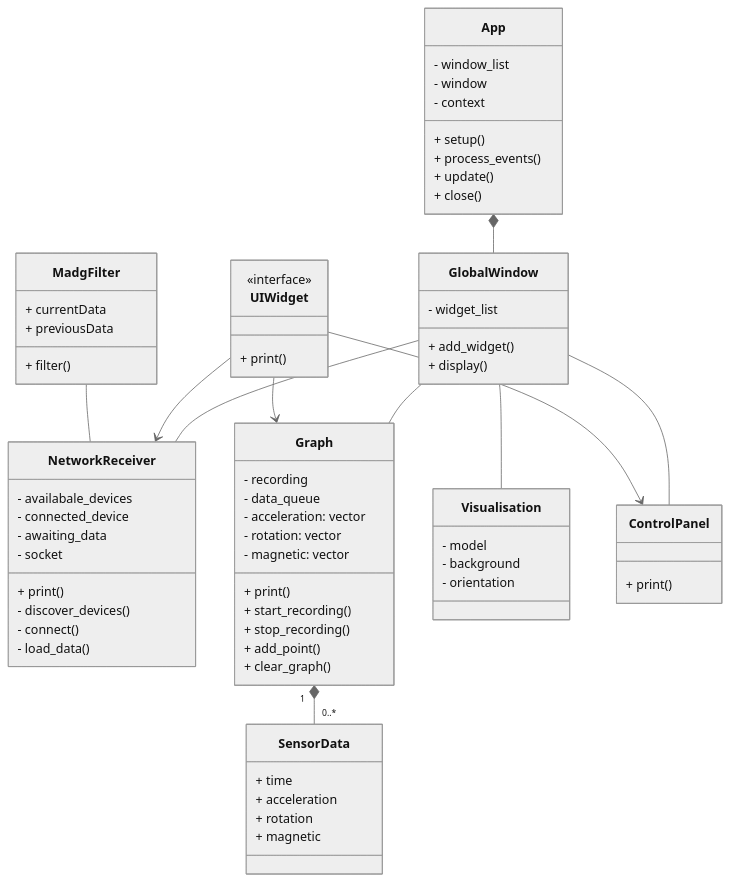
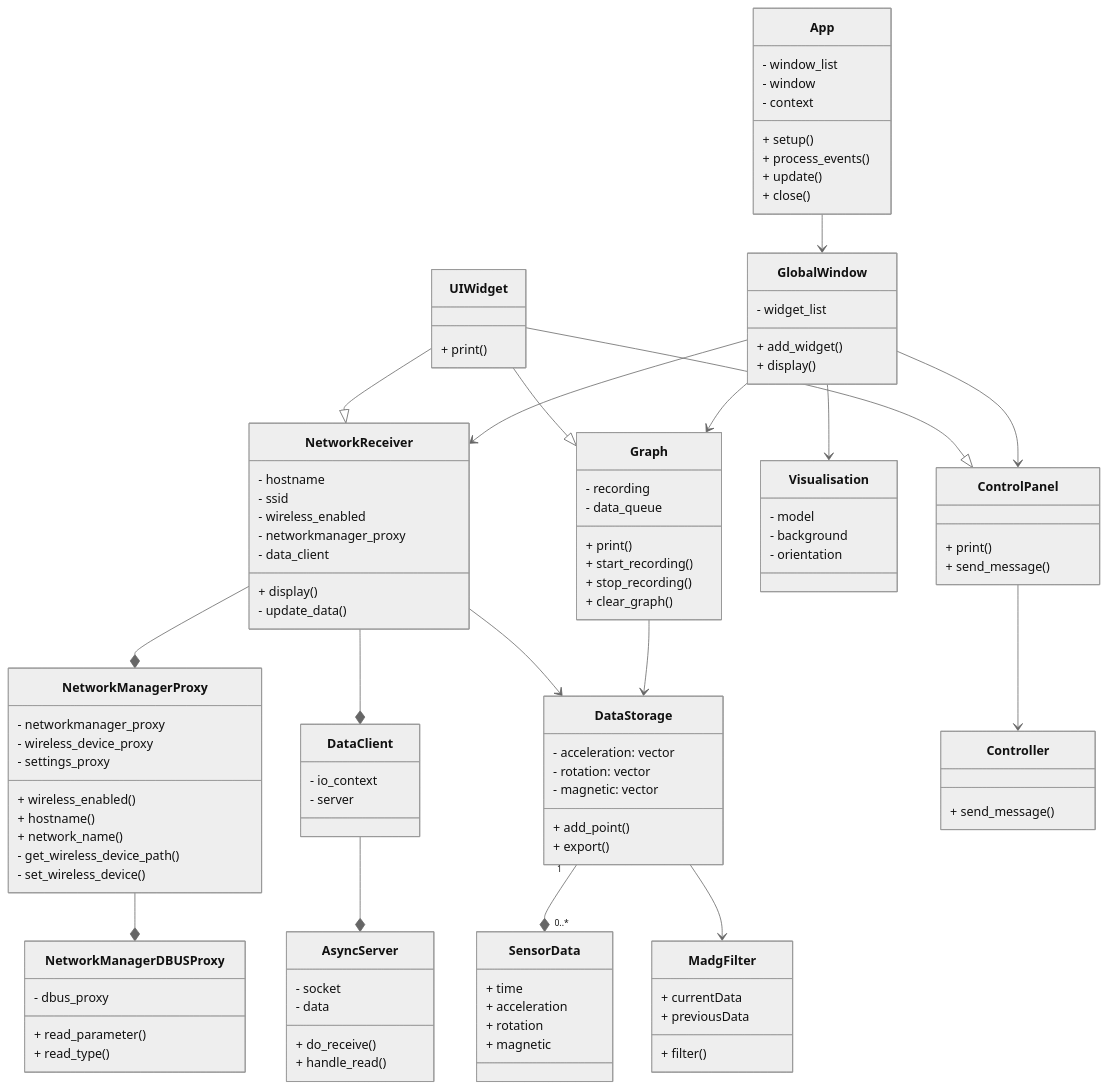
The diagram in README.md (researcher2312/flight-data-plotter), drawn with Mermaid (neutral theme) before and after one commit. The commit also changed other lines of this file and 1 other file, not shown here.

Commit message:
docs(diagram): update UML diagram

````diff
--- a/README.md
+++ b/README.md
@@ -49,5 +47,9 @@
 ```mermaid
-classDiagram 
+classDiagram
+
+class UIWidget {
+  + print()
+}
 
 class App {
   - window_list
@@ -57,11 +59,6 @@
   + process_events()
   + update()
   + close()
-}
-
-class UIWidget {
-    <<interface>>
-    + print()
 }
 
 class GlobalWindow {
@@ -78,27 +75,59 @@
 }
 
 class NetworkReceiver {
-  - availabale_devices
-  - connected_device
-  - awaiting_data
+  + display()
+  - update_data()
+  - hostname
+  - ssid
+  - wireless_enabled
+  - networkmanager_proxy
+  - data_client
+}
+
+class NetworkManagerProxy {
+  + wireless_enabled()
+  + hostname()
+  + network_name()
+  - get_wireless_device_path()
+  - set_wireless_device()
+  - networkmanager_proxy
+  - wireless_device_proxy
+  - settings_proxy
+}
+
+class NetworkManagerDBUSProxy {
+  + read_parameter()
+  + read_type()
+  - dbus_proxy
+}
+
+class AsyncServer {
+  + do_receive()
+  + handle_read()
   - socket
-  + print ()
-  - discover_devices()
-  - connect()
-  - load_data()
+  - data
+}
+
+class DataClient {
+  - io_context
+  - server
 }
 
 class Graph {
   - recording
   - data_queue
+  + print()
+  + start_recording()
+  + stop_recording()
+  + clear_graph()
+}
+
+class DataStorage {
   - acceleration: vector
   - rotation: vector
   - magnetic: vector
-  + print()
-  + start_recording()
-  + stop_recording()
   + add_point()
-  + clear_graph()
+  + export()
 }
 
 class Visualisation {
@@ -109,6 +138,11 @@
 
 class ControlPanel {
   + print()
+  + send_message()
+}
+
+class Controller {
+  + send_message()
 }
 
 class MadgFilter {
@@ -117,18 +151,26 @@
   + filter()
 }
 
+App --> GlobalWindow
 
-App *-- GlobalWindow
-GlobalWindow -- Visualisation
-GlobalWindow -- NetworkReceiver
-GlobalWindow -- Graph
-GlobalWindow -- ControlPanel
+GlobalWindow --> Visualisation
+GlobalWindow --> NetworkReceiver
+GlobalWindow --> Graph
+GlobalWindow --> ControlPanel
 
-UIWidget --> NetworkReceiver
-UIWidget --> ControlPanel
-UIWidget --> Graph
+NetworkReceiver --* NetworkManagerProxy
+NetworkReceiver --* DataClient
+DataClient --* AsyncServer
+NetworkManagerProxy --* NetworkManagerDBUSProxy
 
-Graph "1" *-- "0..*" SensorData
+UIWidget --|> NetworkReceiver
+UIWidget --|> ControlPanel
+UIWidget --|> Graph
 
-MadgFilter -- NetworkReceiver
+DataStorage "1" --* "0..*" SensorData
+Graph --> DataStorage
+NetworkReceiver --> DataStorage
+DataStorage --> MadgFilter
+
+ControlPanel --> Controller
 ```
````
